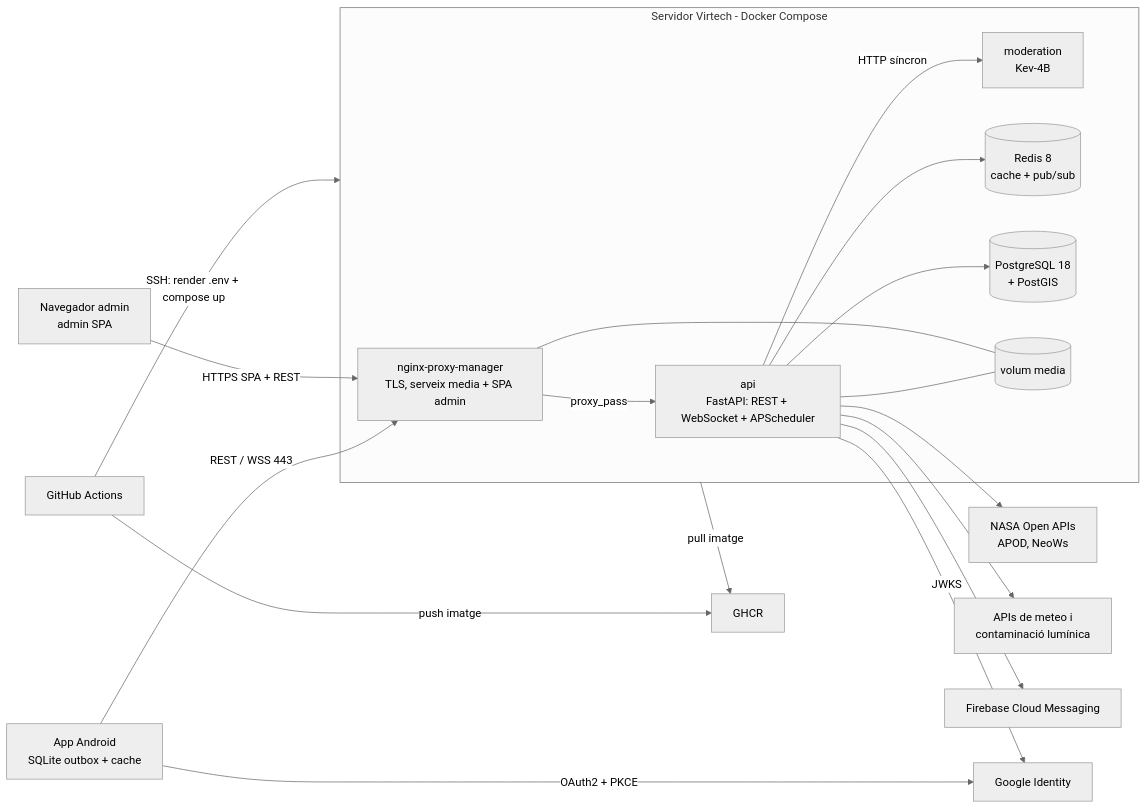
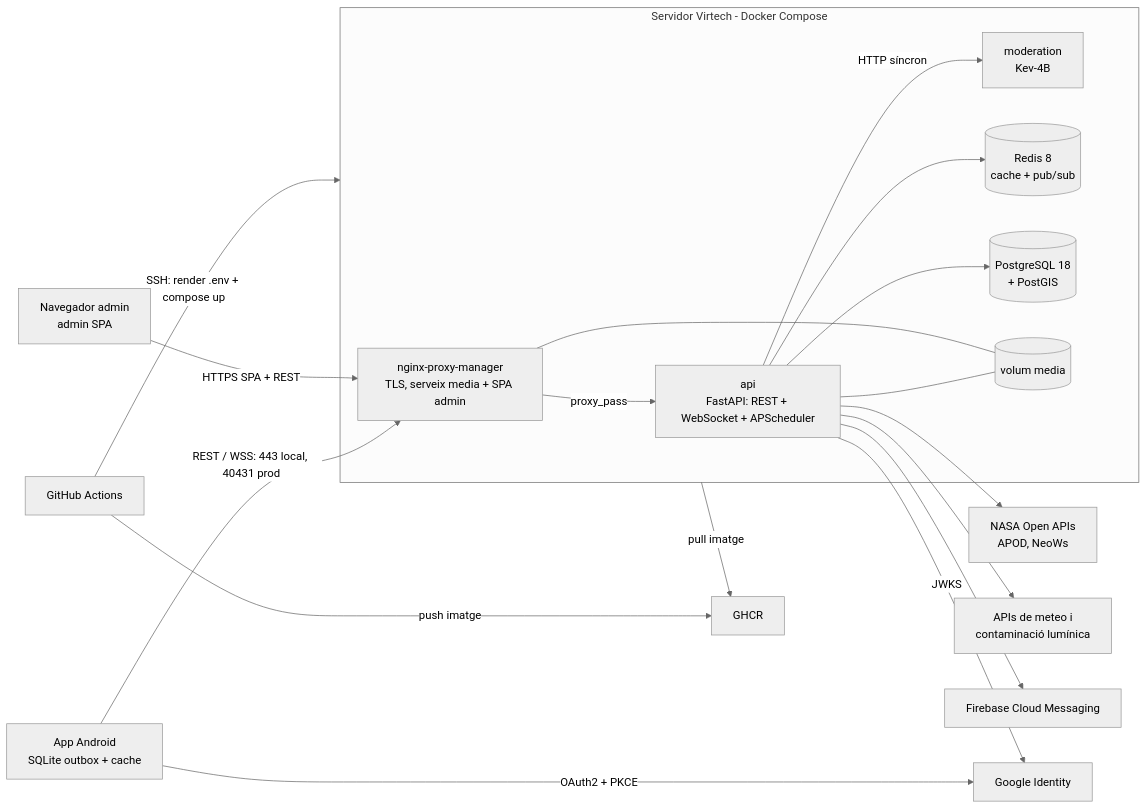
One commit to pes2627q1-21-gei-upc/perseida changed the diagram in README.ca.md. Above: the diagram before and after it, drawn with Mermaid (neutral theme). The commit also changed 3 other files, not shown here.

Commit message:
TG-89 docs: diagrames amb el port de producció i avís del baseUrl /admin per a TG-77

````diff
--- a/README.ca.md
+++ b/README.ca.md
@@ -37,27 +37,27 @@
 ```mermaid
 flowchart LR
-    PHONE[App Android<br/>SQLite outbox + cache] -- REST / WSS 443 --> NPM
+    PHONE[App Android<br/>SQLite outbox + cache] -- REST / WSS: 443 local, 40431 prod --> NPM
     ADMIN[Navegador admin<br/>admin SPA] -- HTTPS SPA + REST --> NPM
     subgraph VIRTECH[Servidor Virtech - Docker Compose]
         NPM[nginx-proxy-manager<br/>TLS, serveix media + SPA admin]
         API[api<br/>FastAPI: REST + WebSocket + APScheduler]
         MOD[moderation<br/>Kev-4B]
         REDIS[(Redis 8<br/>cache + pub/sub)]
         PG[(PostgreSQL 18<br/>+ PostGIS)]
         VOL[(volum media)]
         NPM -- proxy_pass --> API
         API -- HTTP síncron --> MOD
         API --> REDIS
         API --> PG
         API --- VOL
         NPM --- VOL
     end
     API --> NASA[NASA Open APIs<br/>APOD, NeoWs]
     API --> OTHER[APIs de meteo i<br/>contaminació lumínica]
     API --> FCM[Firebase Cloud Messaging]
     PHONE -- OAuth2 + PKCE --> GOOGLE[Google Identity]
     API -- JWKS --> GOOGLE
     GHA[GitHub Actions] -- push imatge --> GHCR[GHCR]
     GHA -- SSH: render .env + compose up --> VIRTECH
     VIRTECH -- pull imatge --> GHCR
 ```
````
